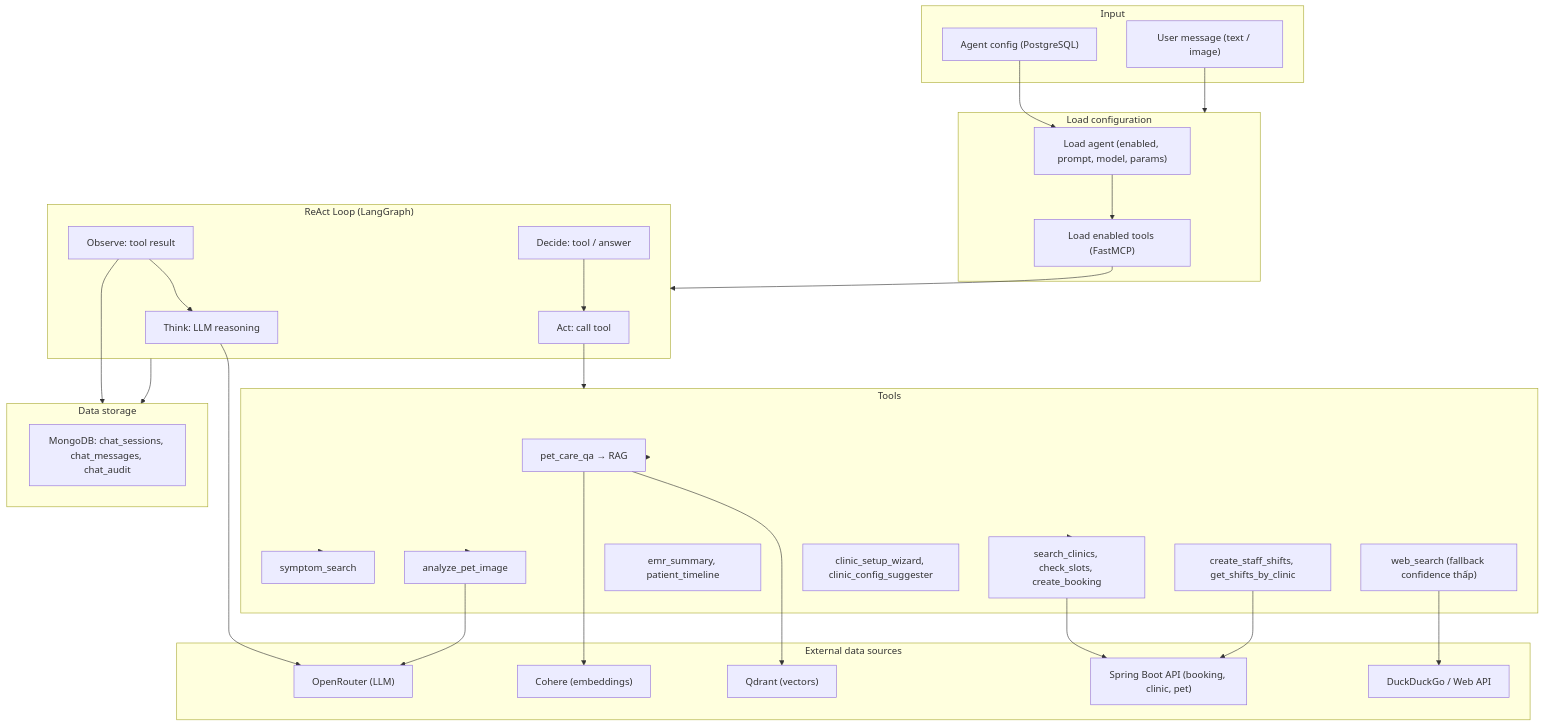
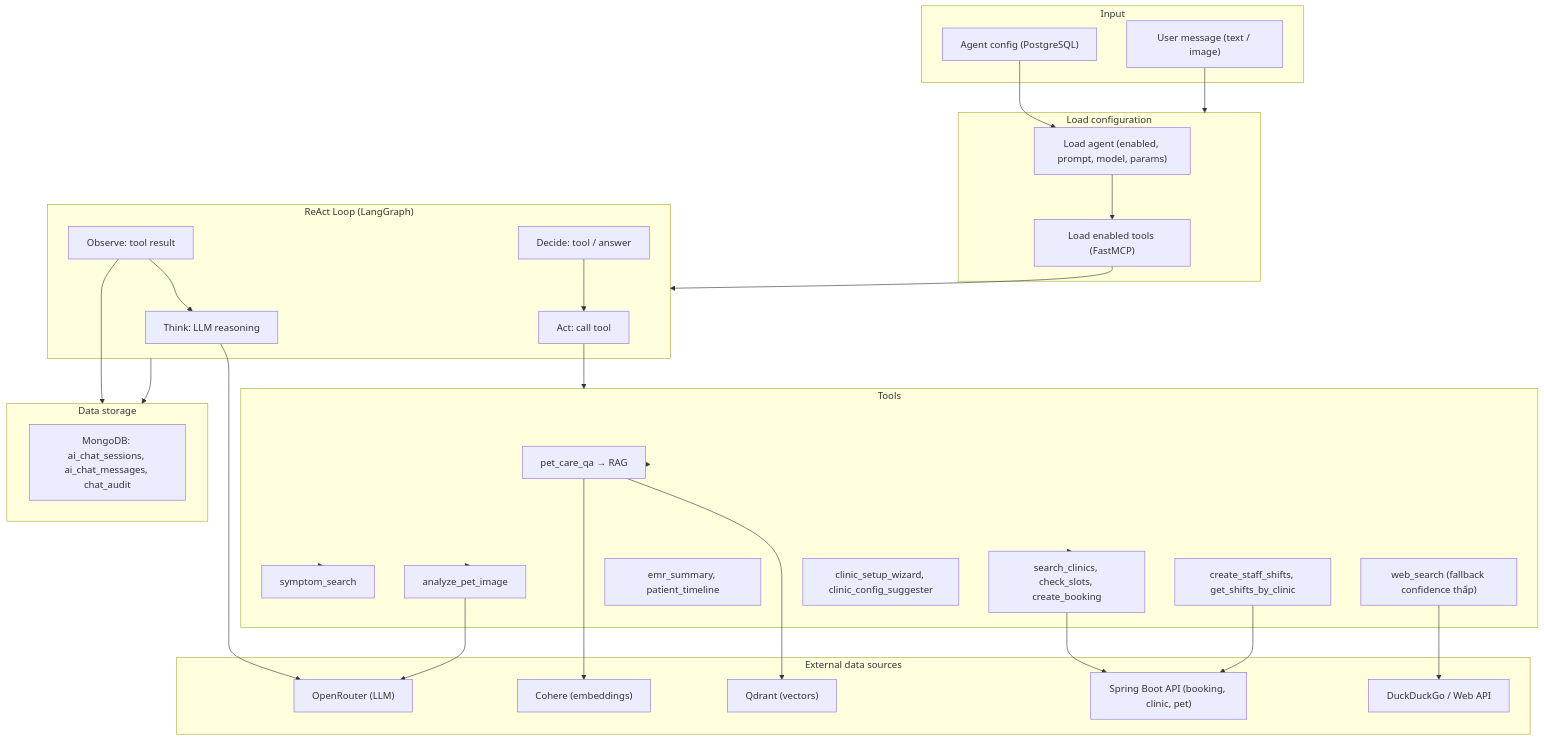
The first of 9 diagrams in docs-references/documentation/AI_SERVICE_TECHNICAL_SPECIFICATION.md (espresso23/Petties-Veterinary-Appointment-Booking-Platform), drawn with Mermaid before and after one commit. The commit also changed other lines of this file and 25 other files, not shown here.

````diff
--- a/docs-references/documentation/AI_SERVICE_TECHNICAL_SPECIFICATION.md
+++ b/docs-references/documentation/AI_SERVICE_TECHNICAL_SPECIFICATION.md
@@ -107,64 +107,64 @@
 ```mermaid
 flowchart TB
     subgraph Input["Input"]
         UserMessage["User message (text / image)"]
         AgentConfig["Agent config (PostgreSQL)"]
     end
 
     subgraph LoadConfig["Load configuration"]
         LoadAgent["Load agent (enabled, prompt, model, params)"]
         LoadTools["Load enabled tools (FastMCP)"]
     end
 
     subgraph ReActLoop["ReAct Loop (LangGraph)"]
         Think["Think: LLM reasoning"]
         Decide["Decide: tool / answer"]
         Act["Act: call tool"]
         Observe["Observe: tool result"]
     end
 
     subgraph Tools["Tools"]
         RAG["pet_care_qa → RAG"]
         Symptom["symptom_search"]
         Clinic["search_clinics, check_slots, create_booking"]
         Vision["analyze_pet_image"]
         EmrTools["emr_summary, patient_timeline"]
         StaffShiftTools["create_staff_shifts, get_shifts_by_clinic"]
         ClinicSetup["clinic_setup_wizard, clinic_config_suggester"]
         WebSearch["web_search (fallback confidence thấp)"]
     end
 
     subgraph External["External data sources"]
         OpenRouter["OpenRouter (LLM)"]
         Cohere["Cohere (embeddings)"]
         Qdrant["Qdrant (vectors)"]
         SpringBoot["Spring Boot API (booking, clinic, pet)"]
         DuckDuckGo["DuckDuckGo / Web API"]
     end
 
     subgraph Storage["Data storage"]
-        MongoChat["MongoDB: chat_sessions, chat_messages, chat_audit"]
+        MongoChat["MongoDB: ai_chat_sessions, ai_chat_messages, chat_audit"]
     end
 
     UserMessage --> LoadConfig
     AgentConfig --> LoadAgent
     LoadAgent --> LoadTools
     LoadTools --> ReActLoop
 
     Think --> OpenRouter
     Decide --> Act
     Act --> Tools
     Tools --> RAG
     Tools --> Symptom
     Tools --> Clinic
     Tools --> Vision
     RAG --> Cohere
     RAG --> Qdrant
     Clinic --> SpringBoot
     StaffShiftTools --> SpringBoot
     Vision --> OpenRouter
     WebSearch --> DuckDuckGo
     Observe --> Think
     Observe --> Storage
     ReActLoop --> Storage
 ```
````
